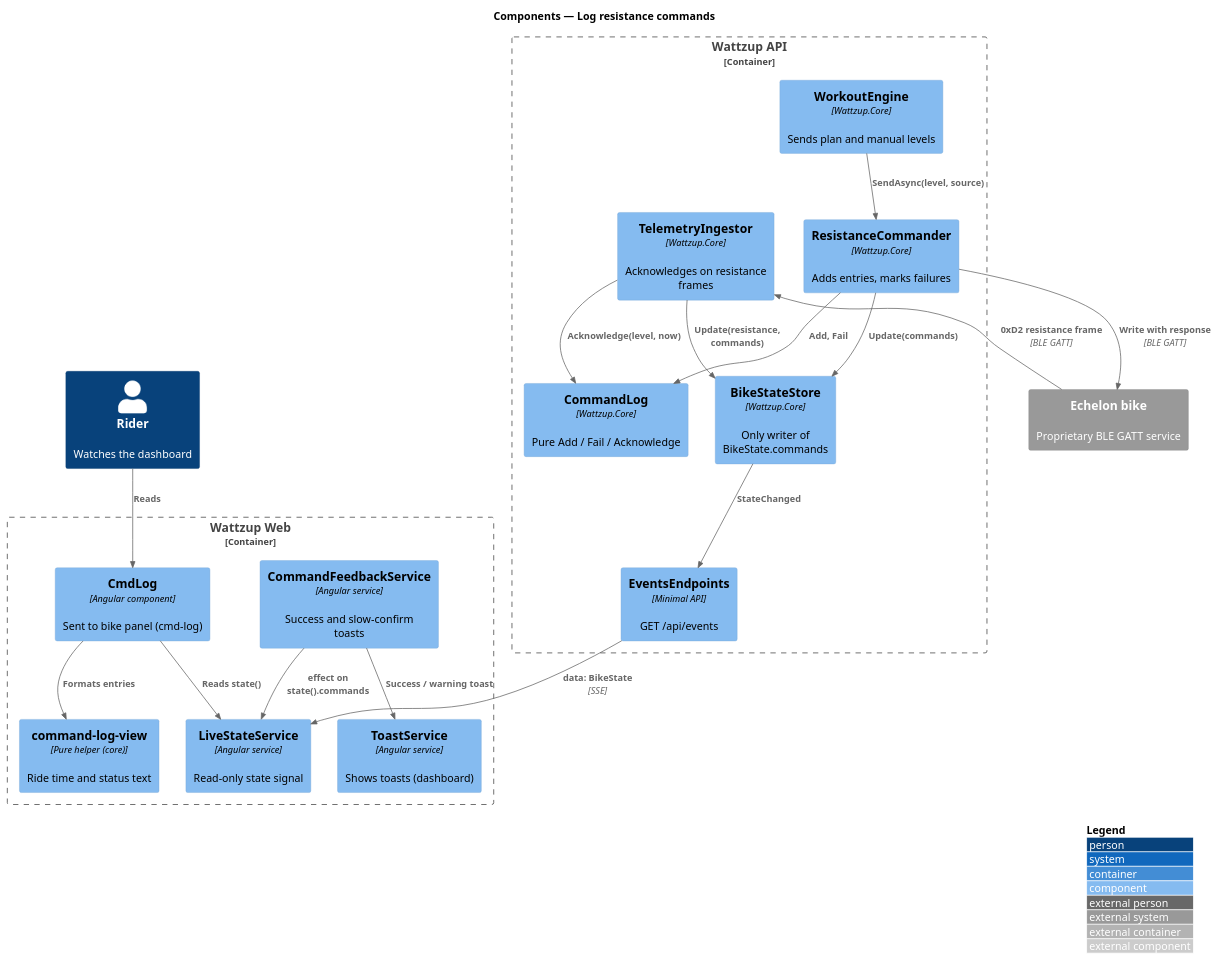
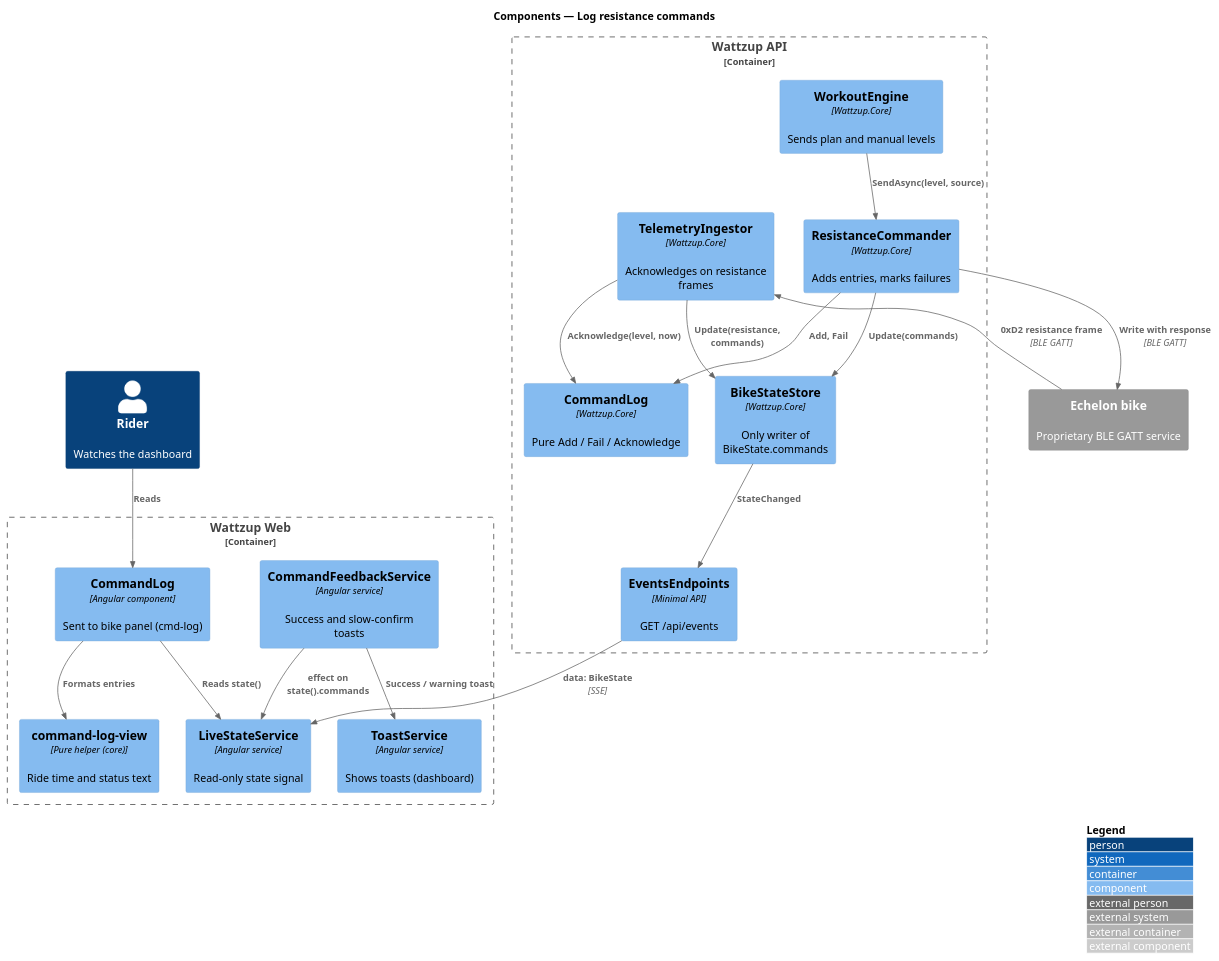
The diagram in docs/detailed-designs/resistance-control/log-resistance-commands/diagrams/c4-component.puml (QuinntyneBrown/ride-one), drawn with PlantUML before and after one commit. The commit also changed 58 other files, not shown here.

```diff
--- a/docs/detailed-designs/resistance-control/log-resistance-commands/diagrams/c4-component.puml
+++ b/docs/detailed-designs/resistance-control/log-resistance-commands/diagrams/c4-component.puml
@@ -1,38 +1,38 @@
 @startuml
 !include <C4/C4_Component>
 LAYOUT_WITH_LEGEND()
 title Components — Log resistance commands
 
 Person(rider, "Rider", "Watches the dashboard")
 Container_Boundary(web, "Wattzup Web") {
   Component(live, "LiveStateService", "Angular service", "Read-only state signal")
-  Component(log, "CmdLog", "Angular component", "Sent to bike panel (cmd-log)")
+  Component(log, "CommandLog", "Angular component", "Sent to bike panel (cmd-log)")
   Component(view, "command-log-view", "Pure helper (core)", "Ride time and status text")
   Component(fb, "CommandFeedbackService", "Angular service", "Success and slow-confirm toasts")
   Component(toast, "ToastService", "Angular service", "Shows toasts (dashboard)")
 }
 Container_Boundary(be, "Wattzup API") {
   Component(eng, "WorkoutEngine", "Wattzup.Core", "Sends plan and manual levels")
   Component(cmdr, "ResistanceCommander", "Wattzup.Core", "Adds entries, marks failures")
   Component(ing, "TelemetryIngestor", "Wattzup.Core", "Acknowledges on resistance frames")
   Component(cl, "CommandLog", "Wattzup.Core", "Pure Add / Fail / Acknowledge")
   Component(store, "BikeStateStore", "Wattzup.Core", "Only writer of BikeState.commands")
   Component(sse, "EventsEndpoints", "Minimal API", "GET /api/events")
 }
 System_Ext(bike, "Echelon bike", "Proprietary BLE GATT service")
 
 Rel(eng, cmdr, "SendAsync(level, source)")
 Rel(cmdr, cl, "Add, Fail")
 Rel(cmdr, store, "Update(commands)")
 Rel(cmdr, bike, "Write with response", "BLE GATT")
 Rel(bike, ing, "0xD2 resistance frame", "BLE GATT")
 Rel(ing, cl, "Acknowledge(level, now)")
 Rel(ing, store, "Update(resistance, commands)")
 Rel(store, sse, "StateChanged")
 Rel(sse, live, "data: BikeState", "SSE")
 Rel(log, live, "Reads state()")
 Rel(log, view, "Formats entries")
 Rel(fb, live, "effect on state().commands")
 Rel(fb, toast, "Success / warning toast")
 Rel(rider, log, "Reads")
 @enduml
```
